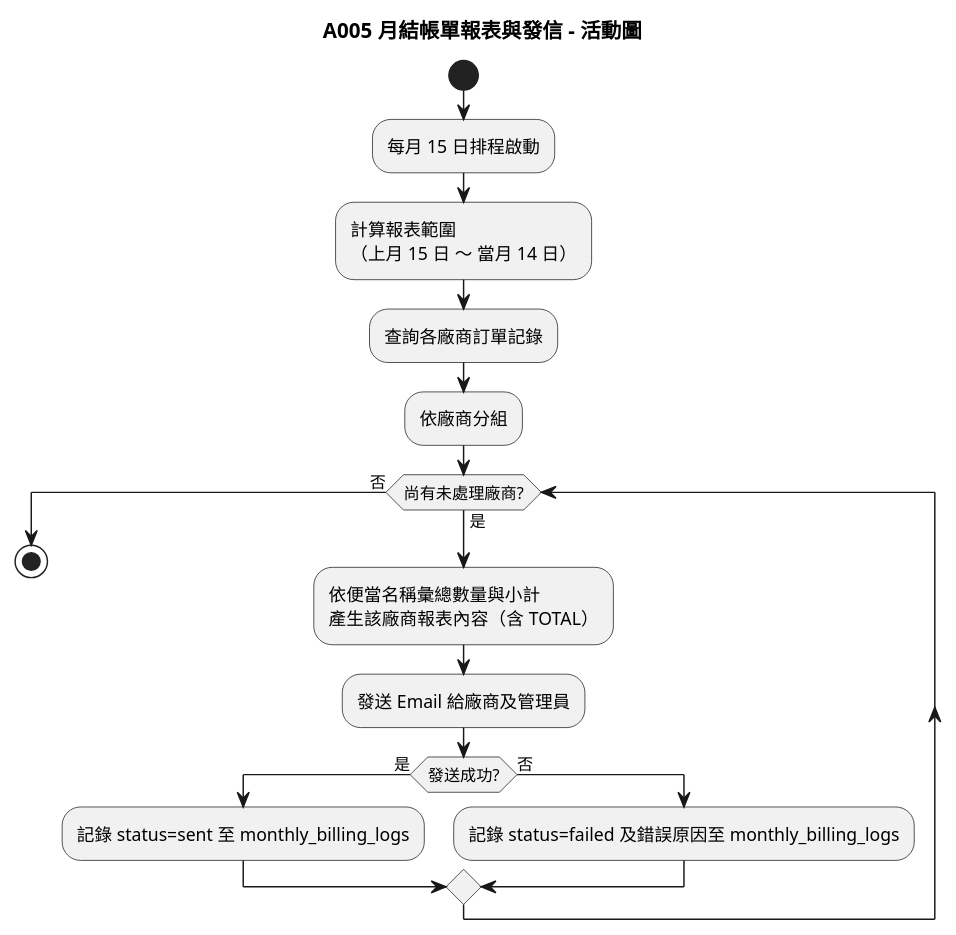
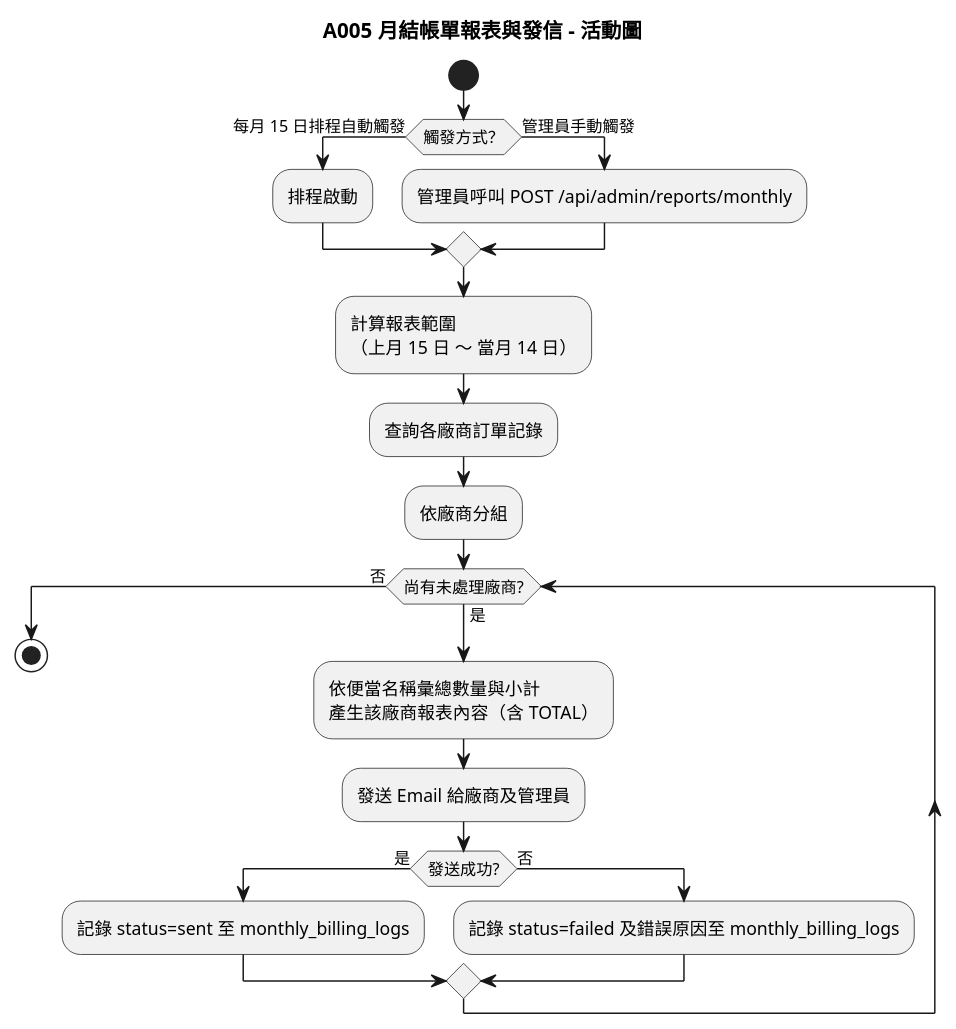
Before and after one commit to teyhawzhe/bento-uml: the diagram in output/A005/A005-activity.puml, drawn with PlantUML. The commit also changed 15 other files, not shown here.

```diff
--- a/output/A005/A005-activity.puml
+++ b/output/A005/A005-activity.puml
@@ -1,24 +1,29 @@
 @startuml A005-activity
 
 title A005 月結帳單報表與發信 - 活動圖
 
 start
 
-:每月 15 日排程啟動;
+if (觸發方式？) then (每月 15 日排程自動觸發)
+  :排程啟動;
+else (管理員手動觸發)
+  :管理員呼叫 POST /api/admin/reports/monthly;
+endif
+
 :計算報表範圍\n（上月 15 日 ～ 當月 14 日）;
 :查詢各廠商訂單記錄;
 :依廠商分組;
 
 while (尚有未處理廠商?) is (是)
   :依便當名稱彙總數量與小計\n產生該廠商報表內容（含 TOTAL）;
   :發送 Email 給廠商及管理員;
   if (發送成功?) then (是)
     :記錄 status=sent 至 monthly_billing_logs;
   else (否)
     :記錄 status=failed 及錯誤原因至 monthly_billing_logs;
   endif
 endwhile (否)
 
 stop
 
 @enduml
```
